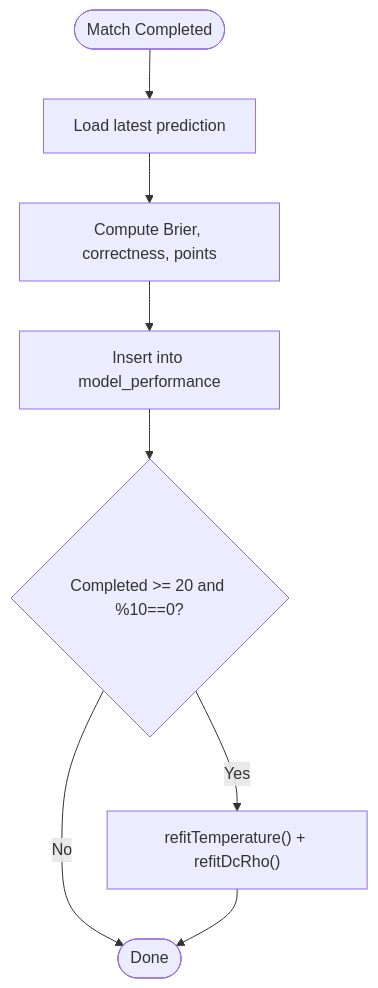
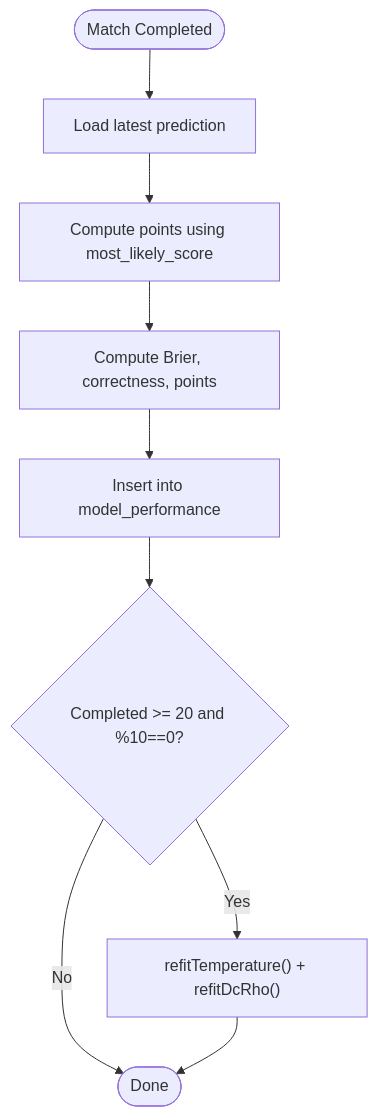
One commit to cheesiong/WC26-qwen changed the tenth of 11 diagrams in .qoder/repowiki/en/content/Prediction Engine/Prediction Engine.md. Above: the diagram before and after it, drawn with Mermaid. The commit also changed other lines of this file and 49 other files, not shown here.

````diff
--- a/.qoder/repowiki/en/content/Prediction Engine/Prediction Engine.md
+++ b/.qoder/repowiki/en/content/Prediction Engine/Prediction Engine.md
@@ -460,10 +476,11 @@
 ```mermaid
 flowchart TD
 Start(["Match Completed"]) --> LoadPred["Load latest prediction"]
-LoadPred --> Metrics["Compute Brier, correctness, points"]
+LoadPred --> Points["Compute points using most_likely_score"]
+Points --> Metrics["Compute Brier, correctness, points"]
 Metrics --> InsertMP["Insert into model_performance"]
 InsertMP --> Threshold{"Completed >= 20 and %10==0?"}
 Threshold --> |Yes| Refit["refitTemperature() + refitDcRho()"]
 Threshold --> |No| End(["Done"])
 Refit --> End
 ```
````
